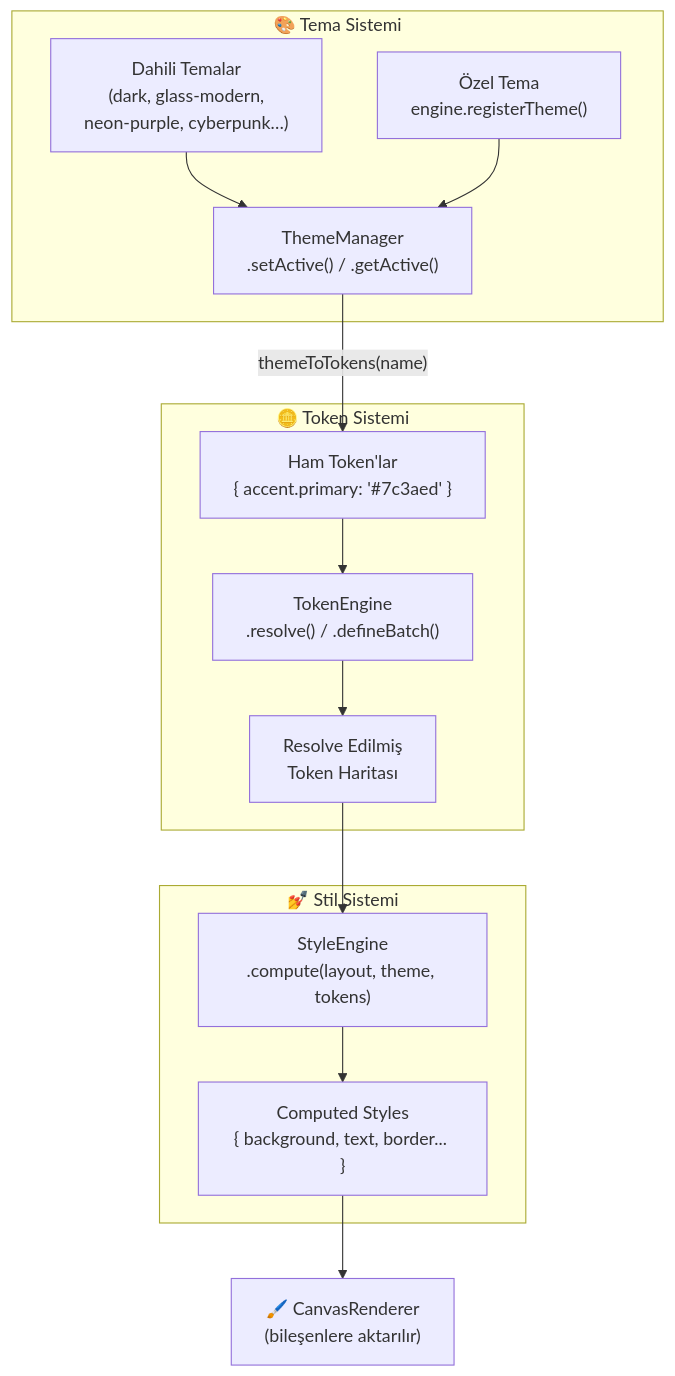
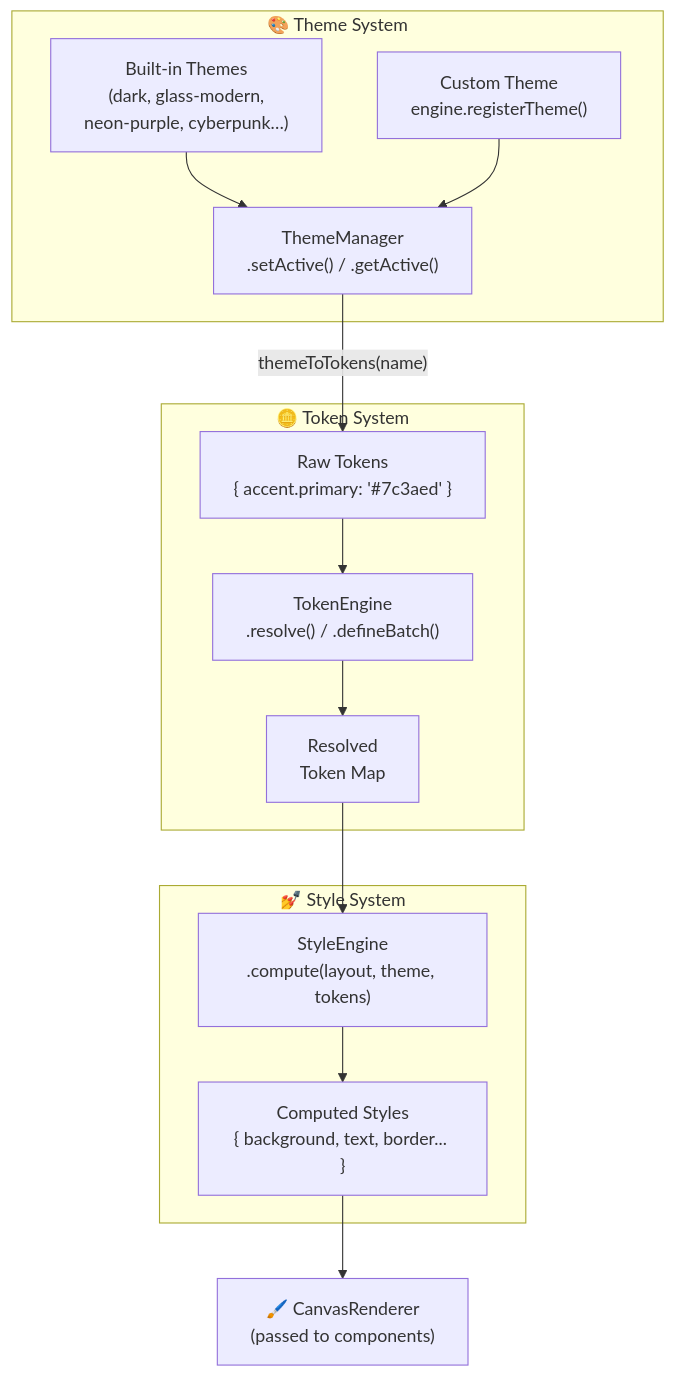
The fourth of 9 diagrams in docs/core-concepts/system-architecture.md (ManyMQ/modular), drawn with Mermaid before and after one commit. The commit also changed other lines of this file, not shown here.

First line of the commit message:
Docs: Add system architecture overview with diagrams

````diff
--- a/docs/core-concepts/system-architecture.md
+++ b/docs/core-concepts/system-architecture.md
@@ -140,30 +140,30 @@
 ```mermaid
 flowchart TD
-    subgraph THEME_SYS["🎨 Tema Sistemi"]
-        BUILTIN["Dahili Temalar\n(dark, glass-modern,\nneon-purple, cyberpunk…)"]
-        CUSTOM["Özel Tema\nengine.registerTheme()"]
+    subgraph THEME_SYS["🎨 Theme System"]
+        BUILTIN["Built-in Themes\n(dark, glass-modern,\nneon-purple, cyberpunk…)"]
+        CUSTOM["Custom Theme\nengine.registerTheme()"]
         TM2["ThemeManager\n.setActive() / .getActive()"]
     end
 
-    subgraph TOKEN_SYS["🪙 Token Sistemi"]
-        RAW["Ham Token'lar\n{ accent.primary: '#7c3aed' }"]
+    subgraph TOKEN_SYS["🪙 Token System"]
+        RAW["Raw Tokens\n{ accent.primary: '#7c3aed' }"]
         TE2["TokenEngine\n.resolve() / .defineBatch()"]
-        RESOLVED["Resolve Edilmiş\nToken Haritası"]
+        RESOLVED["Resolved\nToken Map"]
     end
 
-    subgraph STYLE_SYS["💅 Stil Sistemi"]
+    subgraph STYLE_SYS["💅 Style System"]
         SE2["StyleEngine\n.compute(layout, theme, tokens)"]
         STYLES["Computed Styles\n{ background, text, border... }"]
     end
 
-    RENDERER["🖌️ CanvasRenderer\n(bileşenlere aktarılır)"]
+    RENDERER["🖌️ CanvasRenderer\n(passed to components)"]
 
     BUILTIN --> TM2
     CUSTOM --> TM2
     TM2 -->|"themeToTokens(name)"| RAW
     RAW --> TE2
     TE2 --> RESOLVED
     RESOLVED --> SE2
     SE2 --> STYLES
     STYLES --> RENDERER
 ```
````
